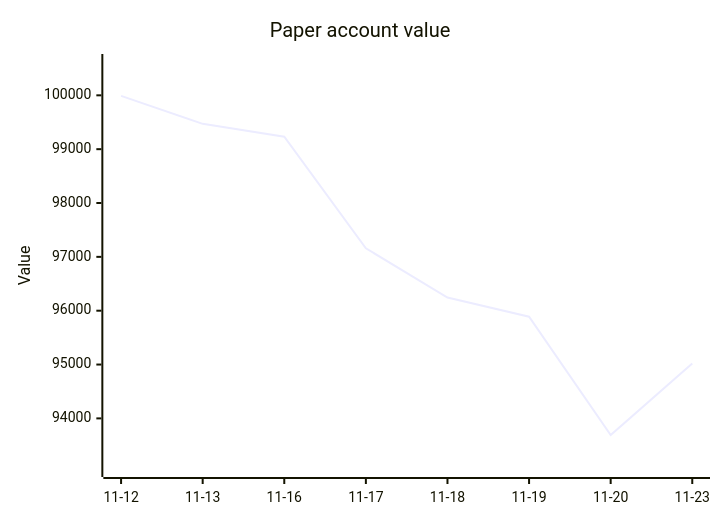
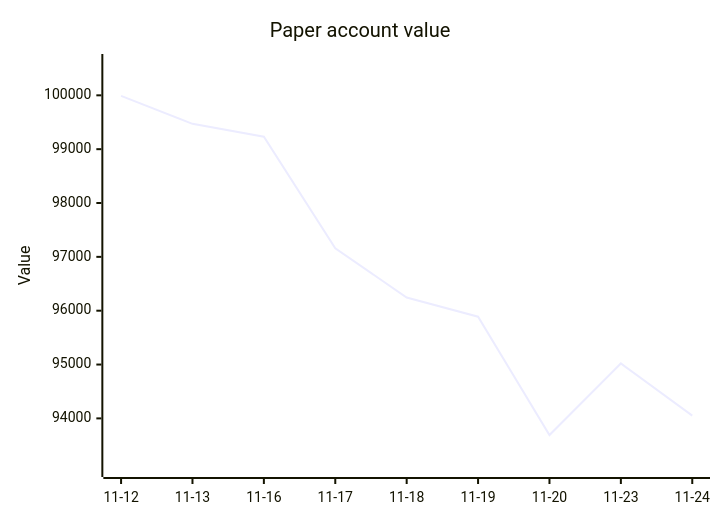
One commit to owlpowell50-creator/trading-bot changed the second of 2 diagrams in 00 - Bot Dashboard.md. Above: the diagram before and after it, drawn with Mermaid. The commit also changed other lines of this file and 17 other files, not shown here.

````diff
--- a/00 - Bot Dashboard.md
+++ b/00 - Bot Dashboard.md
@@ -66,7 +67,7 @@
 ```mermaid
 xychart-beta
     title "Paper account value"
-    x-axis ["11-12", "11-13", "11-16", "11-17", "11-18", "11-19", "11-20", "11-23"]
+    x-axis ["11-12", "11-13", "11-16", "11-17", "11-18", "11-19", "11-20", "11-23", "11-24"]
     y-axis "Value" 93060 --> 100619
-    line [99989.1, 99470.6, 99230.9, 97159.3, 96244.1, 95888.9, 93690.1, 95020.7]
+    line [99989.1, 99470.6, 99230.9, 97159.3, 96244.1, 95888.9, 93690.1, 95020.8, 94050.6]
 ```
````
